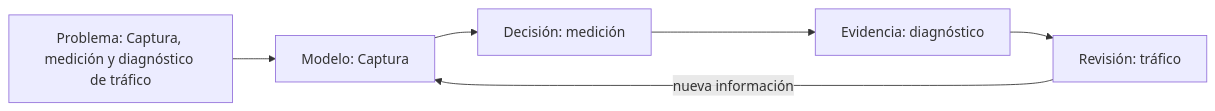
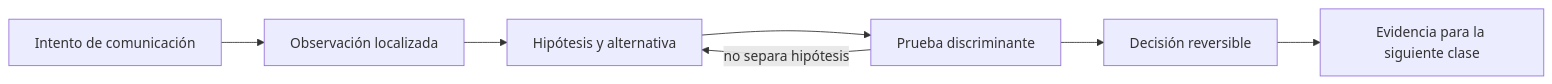
The diagram in classes/part-03-redes-internet-y-protocolos/se-046-captura-medicion-y-diagnostico-de-trafico/README.md (vladimiracunadev-create/modern-software-engineering-program), drawn with Mermaid before and after one commit. The commit also changed other lines of this file and 84 other files, not shown here.

````diff
--- a/classes/part-03-redes-internet-y-protocolos/se-046-captura-medicion-y-diagnostico-de-trafico/README.md
+++ b/classes/part-03-redes-internet-y-protocolos/se-046-captura-medicion-y-diagnostico-de-trafico/README.md
@@ -40,8 +33,9 @@
 ```mermaid
 flowchart LR
-    P["Problema: Captura, medición y diagnóstico de tráfico"] --> M["Modelo: Captura"]
-    M --> D["Decisión: medición"]
-    D --> E["Evidencia: diagnóstico"]
-    E --> R["Revisión: tráfico"]
-    R -->|nueva información| M
+    I[Intento de comunicación] --> O[Observación localizada]
+    O --> H[Hipótesis y alternativa]
+    H --> P[Prueba discriminante]
+    P --> D[Decisión reversible]
+    D --> E[Evidencia para la siguiente clase]
+    P -->|no separa hipótesis| H
 ```
````
